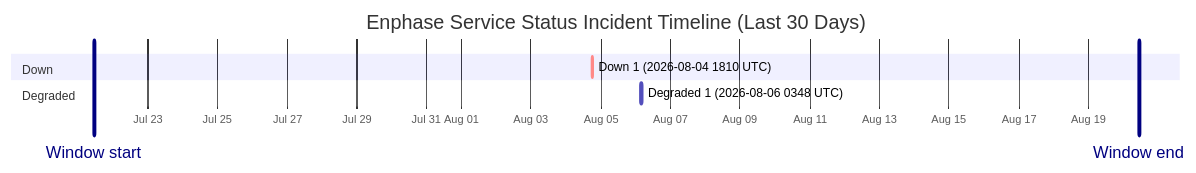
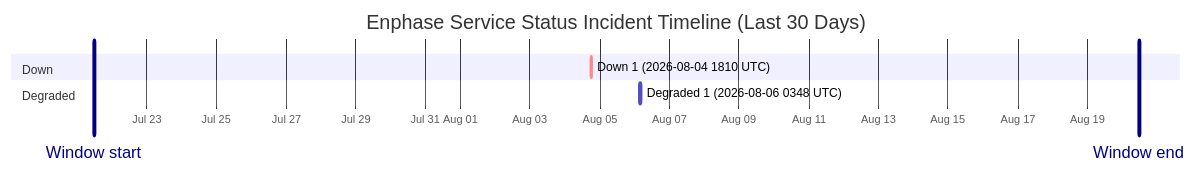
The diagram in wiki/Service-Status-History.md (barneyonline/ha-enphase-energy), drawn with Mermaid before and after one commit. The commit also changed other lines of this file and 3 other files, not shown here.

````diff
--- a/wiki/Service-Status-History.md
+++ b/wiki/Service-Status-History.md
@@ -14,12 +14,12 @@
 ```mermaid
 gantt
     title Enphase Service Status Incident Timeline (Last 30 Days)
     dateFormat  YYYY-MM-DDTHH:mm:ss
     axisFormat  %b %d
-    Window start :vert, window-start, 2026-07-21T10:57:59, 0ms
-    Window end :vert, window-end, 2026-08-20T10:57:59, 0ms
+    Window start :vert, window-start, 2026-07-21T11:32:01, 0ms
+    Window end :vert, window-end, 2026-08-20T11:32:01, 0ms
     section Down
     Down 1 (2026-08-04 1810 UTC) :crit, down-1, 2026-08-04T18:10:46, 60m
     section Degraded
     Degraded 1 (2026-08-06 0348 UTC) :active, degraded-1, 2026-08-06T03:48:14, 60m
 ```
````
